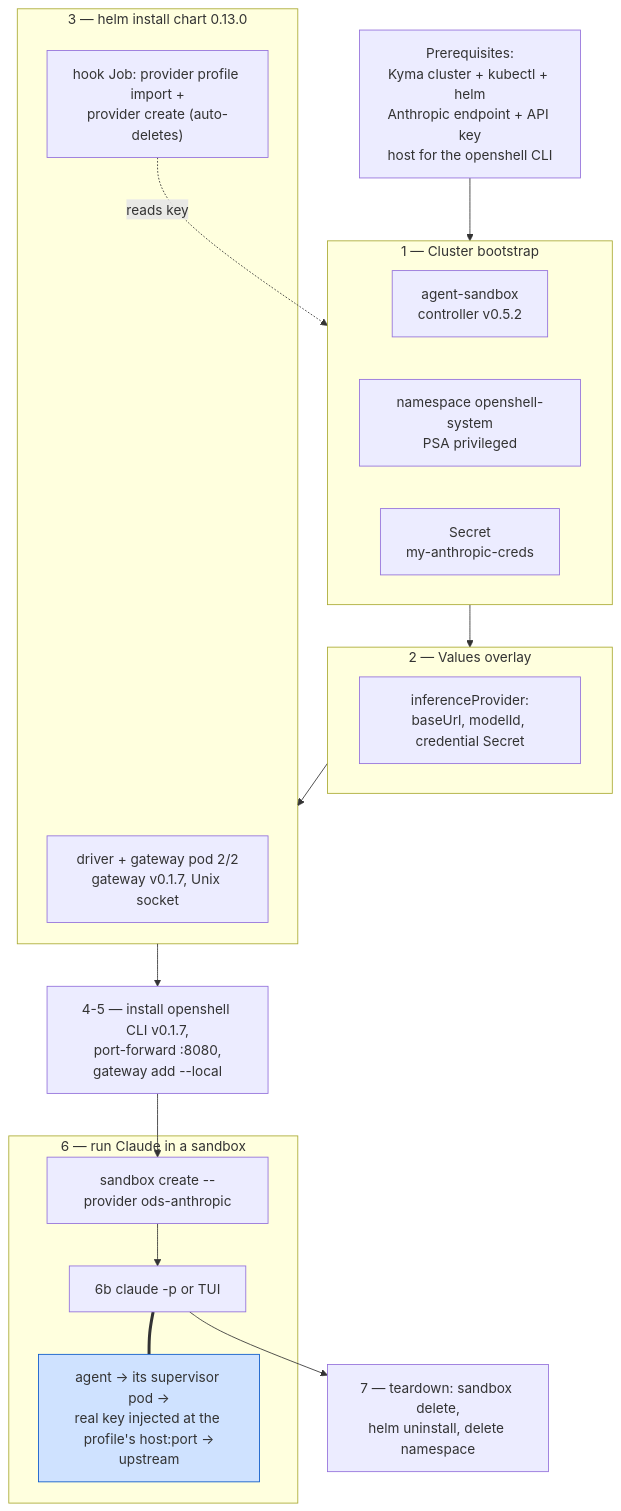
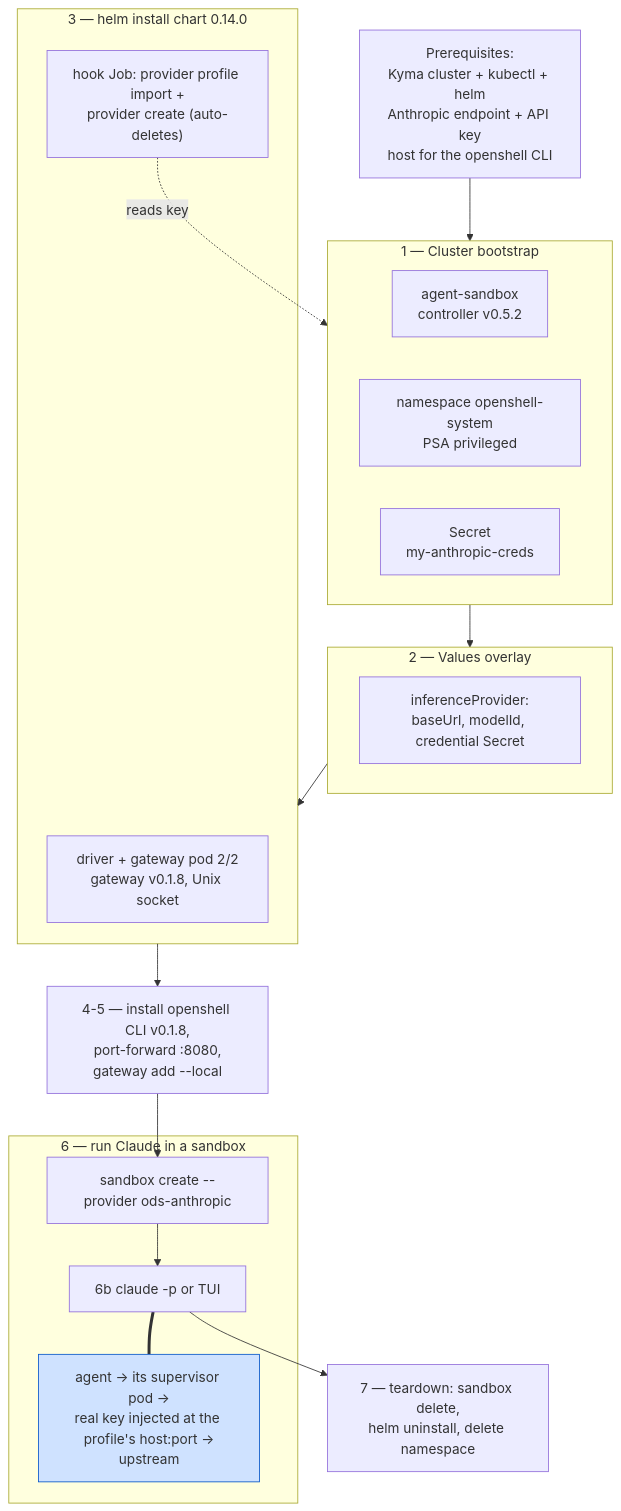
One commit to st-gr/openshell-driver-kyma changed the diagram in docs/tutorial-anthropic-direct.md. Above: the diagram before and after it, drawn with Mermaid. The commit also changed other lines of this file and 26 other files, not shown here.

````diff
--- a/docs/tutorial-anthropic-direct.md
+++ b/docs/tutorial-anthropic-direct.md
@@ -8,42 +8,42 @@
 ```mermaid
 flowchart TB
     P["Prerequisites:<br/>Kyma cluster + kubectl + helm<br/>Anthropic endpoint + API key<br/>host for the openshell CLI"]
 
     subgraph S1["1 — Cluster bootstrap"]
         direction LR
         C1["agent-sandbox<br/>controller v0.5.2"]
         C2["namespace openshell-system<br/>PSA privileged"]
         C3["Secret<br/>my-anthropic-creds"]
     end
 
     subgraph S2["2 — Values overlay"]
         V["inferenceProvider:<br/>baseUrl, modelId, credential Secret"]
     end
 
-    subgraph S3["3 — helm install chart 0.13.0"]
-        POD["driver + gateway pod 2/2<br/>gateway v0.1.7, Unix socket"]
+    subgraph S3["3 — helm install chart 0.14.0"]
+        POD["driver + gateway pod 2/2<br/>gateway v0.1.8, Unix socket"]
         HOOK["hook Job: provider profile import +<br/>provider create (auto-deletes)"]
     end
 
-    S45["4-5 — install openshell CLI v0.1.7,<br/>port-forward :8080,<br/>gateway add --local"]
+    S45["4-5 — install openshell CLI v0.1.8,<br/>port-forward :8080,<br/>gateway add --local"]
 
     subgraph S6["6 — run Claude in a sandbox"]
         CREATE["sandbox create --provider ods-anthropic"]
         RUN["6b claude -p or TUI"]
         PATH["agent → its supervisor pod →<br/>real key injected at the profile's host:port →<br/>upstream"]
     end
 
     S7["7 — teardown: sandbox delete,<br/>helm uninstall, delete namespace"]
 
     P --> S1
     S1 --> S2
     S2 --> S3
     HOOK -.reads key.-> C3
     S3 --> S45
     S45 --> CREATE
     CREATE --> RUN
     RUN === PATH
     RUN --> S7
 
     style PATH fill:#cfe2ff,stroke:#0a58ca
 ```
````
